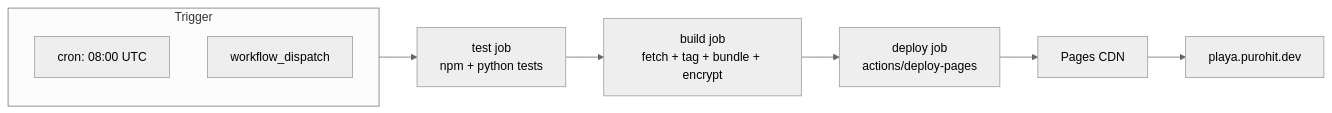
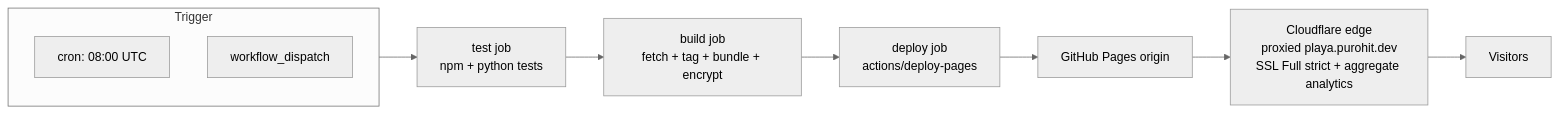
One commit to shreyaspurohit/playa changed the diagram in docs/12-deployment-and-ci.md. Above: the diagram before and after it, drawn with Mermaid (neutral theme). The commit also changed other lines of this file and 44 other files, not shown here.

````diff
--- a/docs/12-deployment-and-ci.md
+++ b/docs/12-deployment-and-ci.md
@@ -39,13 +48,14 @@
 ```mermaid
 flowchart LR
   subgraph Trigger
     Cron[cron: 08:00 UTC]
     Manual[workflow_dispatch]
   end
   Trigger --> Test
   Test[test job<br>npm + python tests] --> Build
   Build[build job<br>fetch + tag + bundle + encrypt] --> Deploy
   Deploy[deploy job<br>actions/deploy-pages]
-  Deploy --> Pages[Pages CDN]
-  Pages --> CNAME["playa.purohit.dev"]
+  Deploy --> Pages[GitHub Pages origin]
+  Pages --> CF["Cloudflare edge<br>proxied playa.purohit.dev<br>SSL Full strict + aggregate analytics"]
+  CF --> Users[Visitors]
 ```
````
